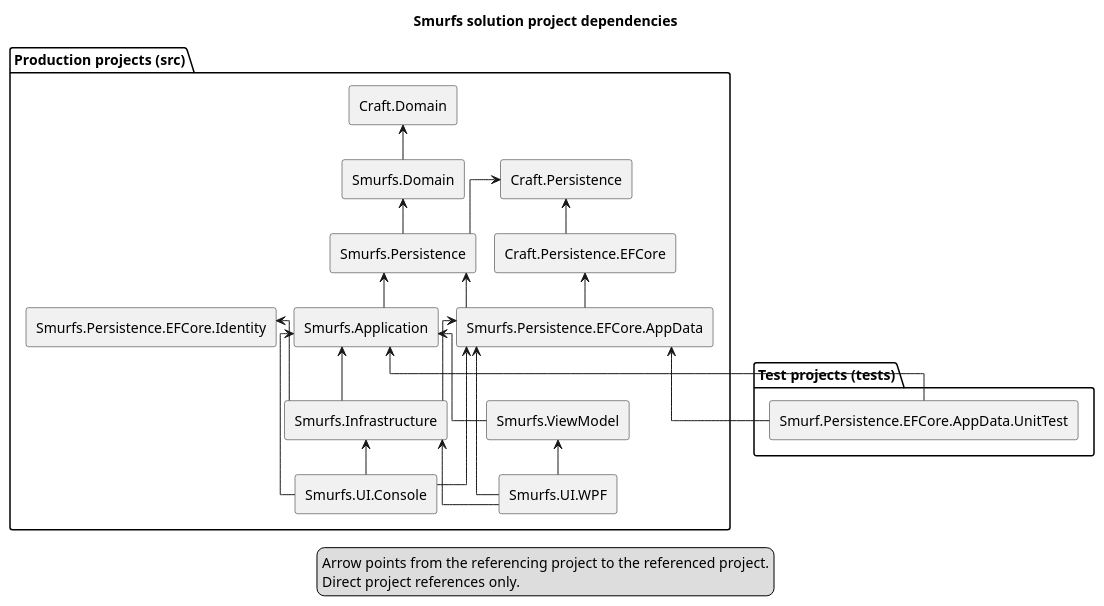
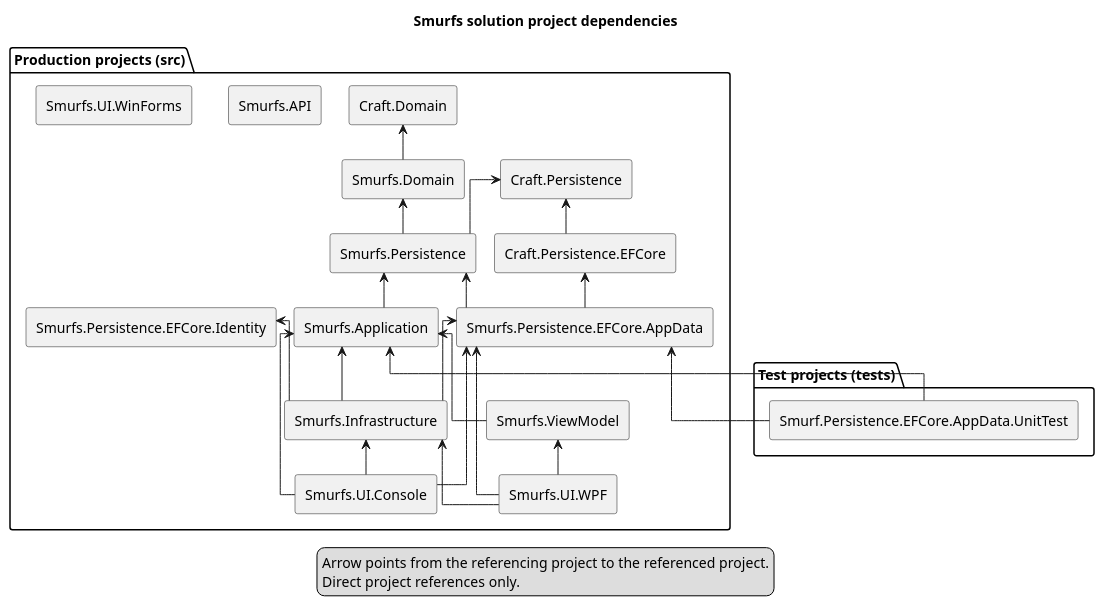
The diagram in docs/structural/diagrams/project-dependencies.puml (EbbeMeloSorensen/Smurfs), drawn with PlantUML before and after one commit. The commit also changed 10 other files, not shown here.

```diff
--- a/docs/structural/diagrams/project-dependencies.puml
+++ b/docs/structural/diagrams/project-dependencies.puml
@@ -1,52 +1,54 @@
 @startuml
 title Smurfs solution project dependencies
 ' Keep nodes and arrows aligned with Smurfs.sln and direct ProjectReference items.
 skinparam componentStyle rectangle
 skinparam linetype ortho
 skinparam nodesep 18
 skinparam ranksep 35
 
 package "Production projects (src)" {
   component "Craft.Domain" as Craft_Domain
   component "Craft.Persistence" as Craft_Persistence
   component "Craft.Persistence.EFCore" as Craft_Persistence_EFCore
+  component "Smurfs.API" as Smurfs_API
   component "Smurfs.Application" as Smurfs_Application
   component "Smurfs.Domain" as Smurfs_Domain
   component "Smurfs.Infrastructure" as Smurfs_Infrastructure
   component "Smurfs.Persistence" as Smurfs_Persistence
   component "Smurfs.Persistence.EFCore.AppData" as Smurfs_Persistence_EFCore_AppData
   component "Smurfs.Persistence.EFCore.Identity" as Smurfs_Persistence_EFCore_Identity
   component "Smurfs.UI.Console" as Smurfs_UI_Console
+  component "Smurfs.UI.WinForms" as Smurfs_UI_WinForms
   component "Smurfs.UI.WPF" as Smurfs_UI_WPF
   component "Smurfs.ViewModel" as Smurfs_ViewModel
 }
 
 package "Test projects (tests)" {
   component "Smurf.Persistence.EFCore.AppData.UnitTest" as Smurf_Persistence_EFCore_AppData_UnitTest
 }
 
 Craft_Persistence_EFCore -up-> Craft_Persistence
 Smurfs_Application -up-> Smurfs_Persistence
 Smurfs_Domain -up-> Craft_Domain
 Smurfs_Infrastructure -up-> Smurfs_Application
 Smurfs_Infrastructure -up-> Smurfs_Persistence_EFCore_AppData
 Smurfs_Infrastructure -up-> Smurfs_Persistence_EFCore_Identity
 Smurfs_Persistence -up-> Craft_Persistence
 Smurfs_Persistence -up-> Smurfs_Domain
 Smurfs_Persistence_EFCore_AppData -up-> Craft_Persistence_EFCore
 Smurfs_Persistence_EFCore_AppData -up-> Smurfs_Persistence
 Smurfs_UI_Console -up-> Smurfs_Application
 Smurfs_UI_Console -up-> Smurfs_Infrastructure
 Smurfs_UI_Console -up-> Smurfs_Persistence_EFCore_AppData
 Smurfs_UI_WPF -up-> Smurfs_Infrastructure
 Smurfs_UI_WPF -up-> Smurfs_Persistence_EFCore_AppData
 Smurfs_UI_WPF -up-> Smurfs_ViewModel
 Smurfs_ViewModel -up-> Smurfs_Application
 Smurf_Persistence_EFCore_AppData_UnitTest -up-> Smurfs_Application
 Smurf_Persistence_EFCore_AppData_UnitTest -up-> Smurfs_Persistence_EFCore_AppData
 
 legend bottom
   Arrow points from the referencing project to the referenced project.
   Direct project references only.
 endlegend
 @enduml
```
